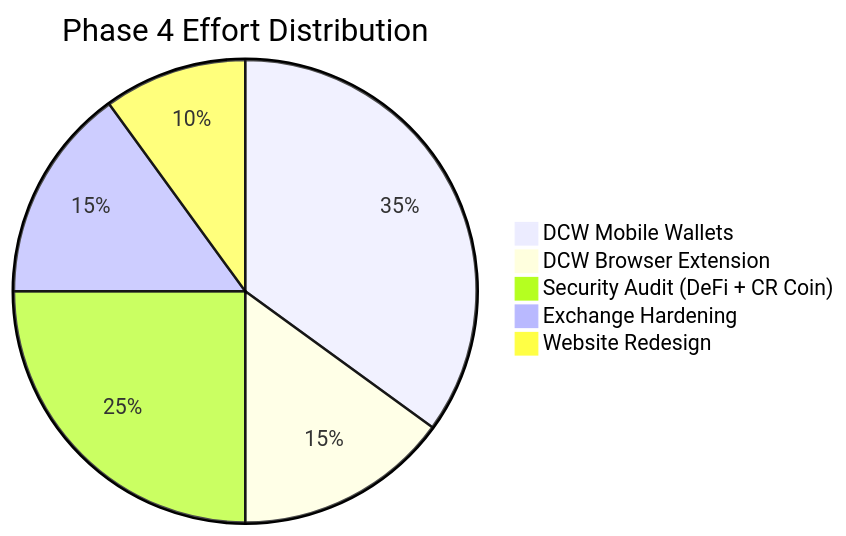
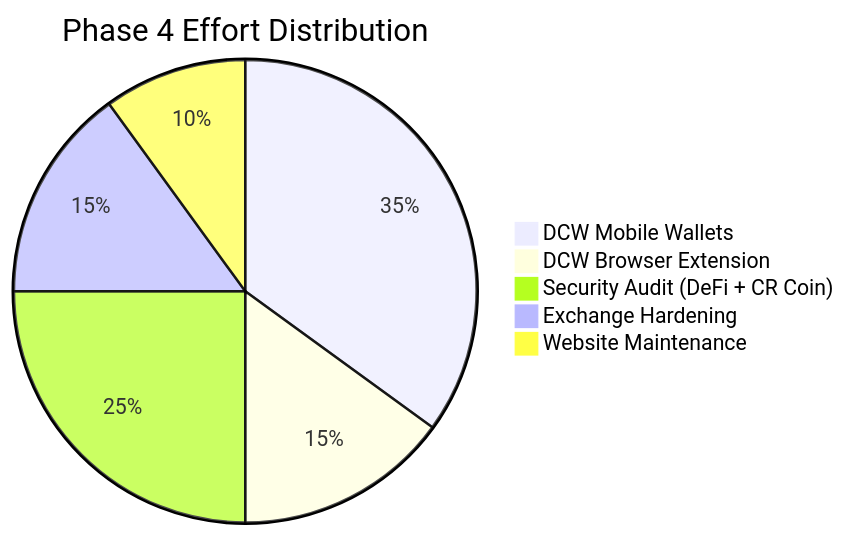
The tenth of 11 diagrams in ROADMAP.md (33imattei33/roadmap-project), drawn with Mermaid before and after one commit. The commit also changed other lines of this file, not shown here.

First line of the commit message:
docs: rewrite roadmap with Phase 2/3 deadlines and remove upstream references

````diff
--- a/ROADMAP.md
+++ b/ROADMAP.md
@@ -396,8 +407,8 @@
 ```mermaid
 pie title Phase 4 Effort Distribution
     "DCW Mobile Wallets" : 35
     "DCW Browser Extension" : 15
     "Security Audit (DeFi + CR Coin)" : 25
     "Exchange Hardening" : 15
-    "Website Redesign" : 10
+    "Website Maintenance" : 10
 ```
````
